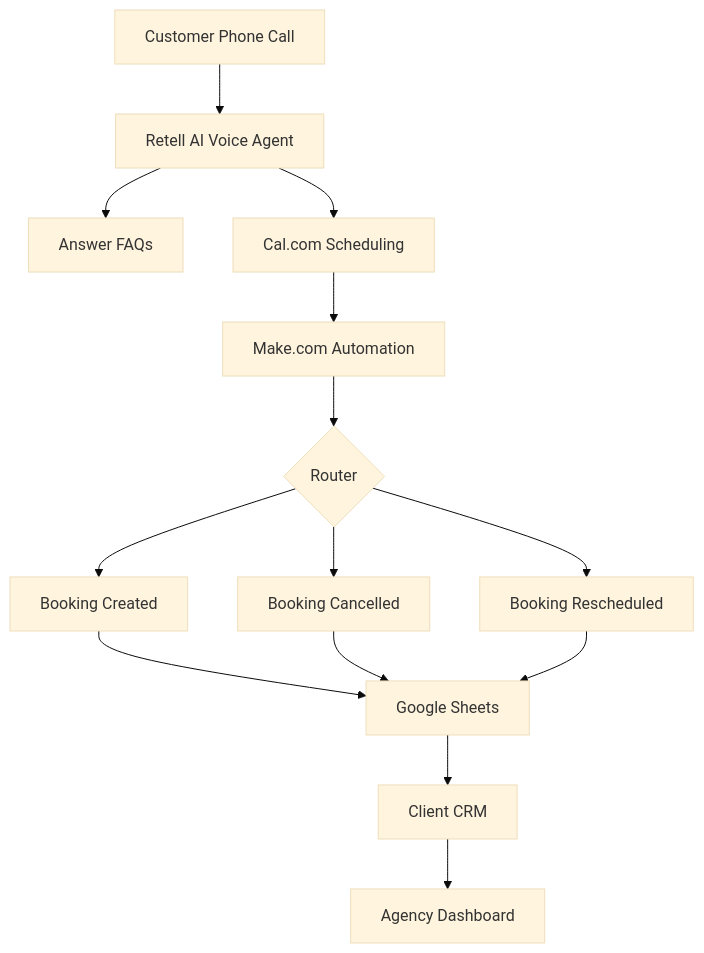
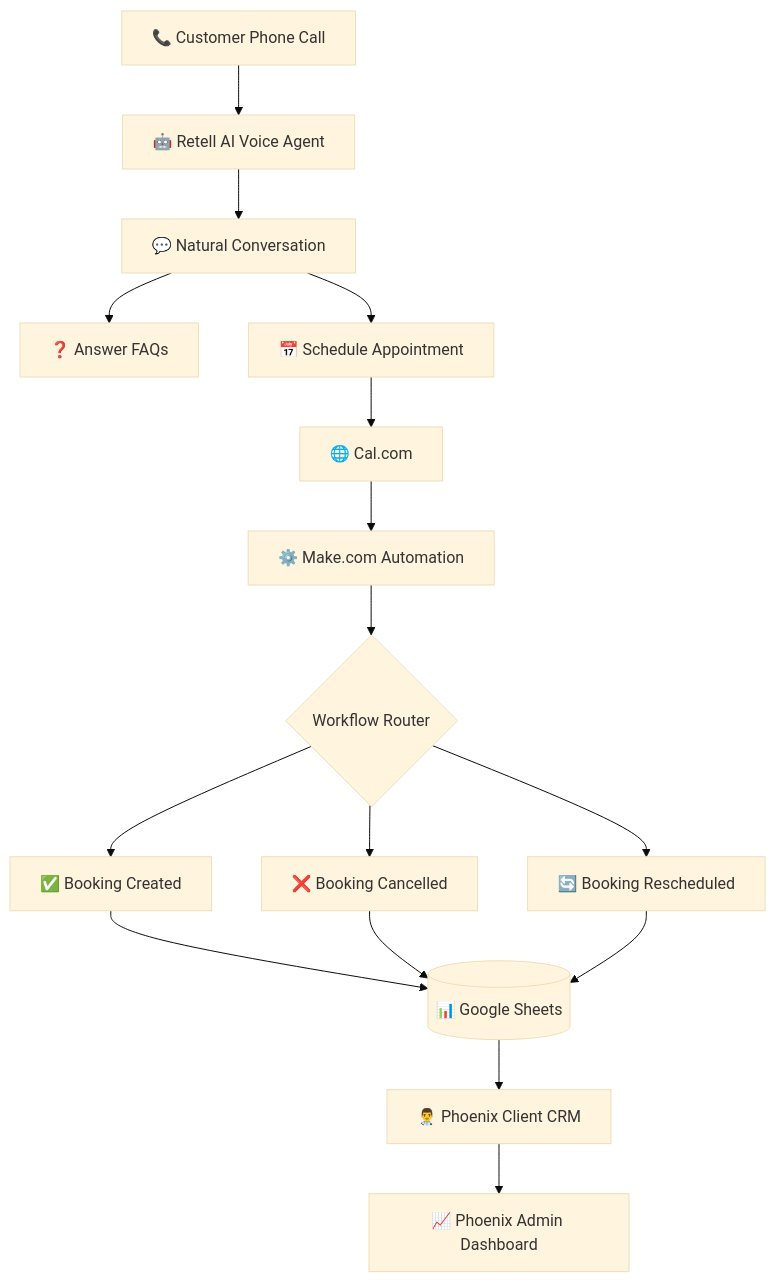
The diagram in README.md (Rajaubaid786/AI-Voice-Receptionist-FYP), drawn with Mermaid (base theme) before and after one commit. The commit also changed other lines of this file, not shown here.

````diff
--- a/README.md
+++ b/README.md
@@ -110,30 +166,34 @@
 ```mermaid
 flowchart TD
 
-A[Customer Phone Call]
--->B[Retell AI Voice Agent]
+A[📞 Customer Phone Call]
+-->B[🤖 Retell AI Voice Agent]
 
-B-->C[Answer FAQs]
+B-->C[💬 Natural Conversation]
 
-B-->D[Cal.com Scheduling]
+C-->D[❓ Answer FAQs]
 
-D-->E[Make.com Automation]
+C-->E[📅 Schedule Appointment]
 
-E-->F{Router}
+E-->F[🌐 Cal.com]
 
-F-->G[Booking Created]
+F-->G[⚙️ Make.com Automation]
 
-F-->H[Booking Cancelled]
+G-->H{Workflow Router}
 
-F-->I[Booking Rescheduled]
+H-->I[✅ Booking Created]
 
-G-->J[Google Sheets]
+H-->J[❌ Booking Cancelled]
 
-H-->J
+H-->K[🔄 Booking Rescheduled]
 
-I-->J
+I-->L[(📊 Google Sheets)]
 
-J-->K[Client CRM]
+J-->L
 
-K-->L[Agency Dashboard]
+K-->L
+
+L-->M[👨‍⚕️ Phoenix Client CRM]
+
+M-->N[📈 Phoenix Admin Dashboard]
 ```
````
